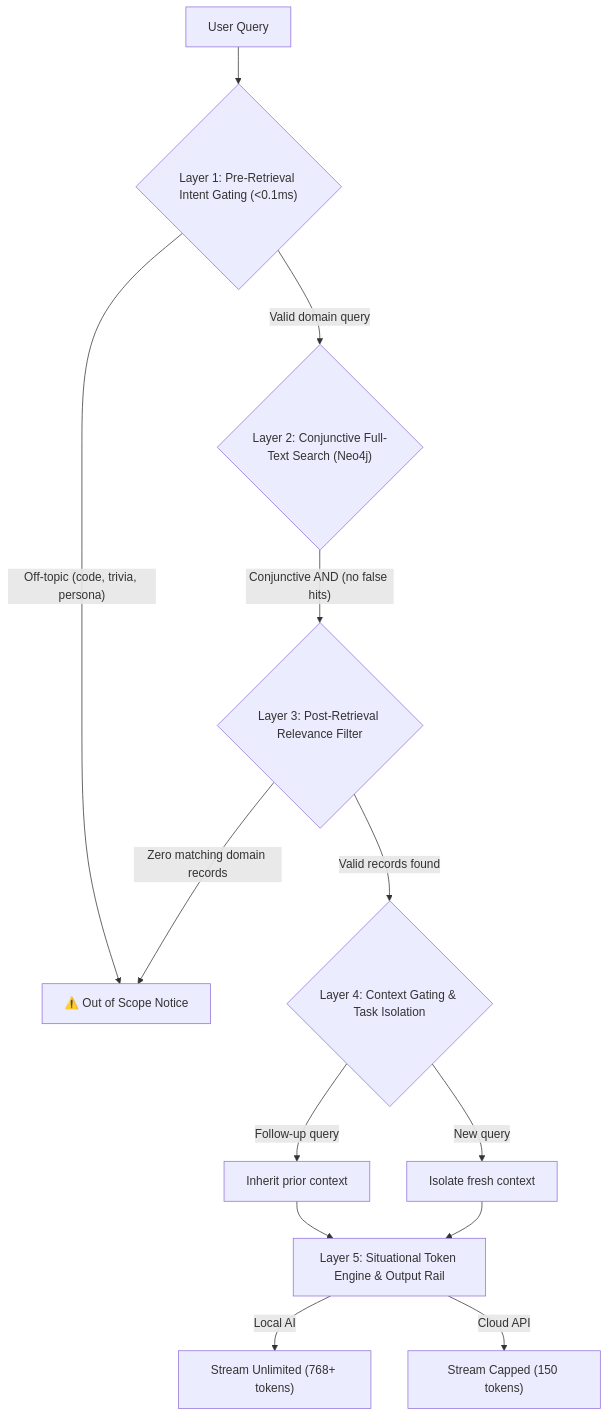
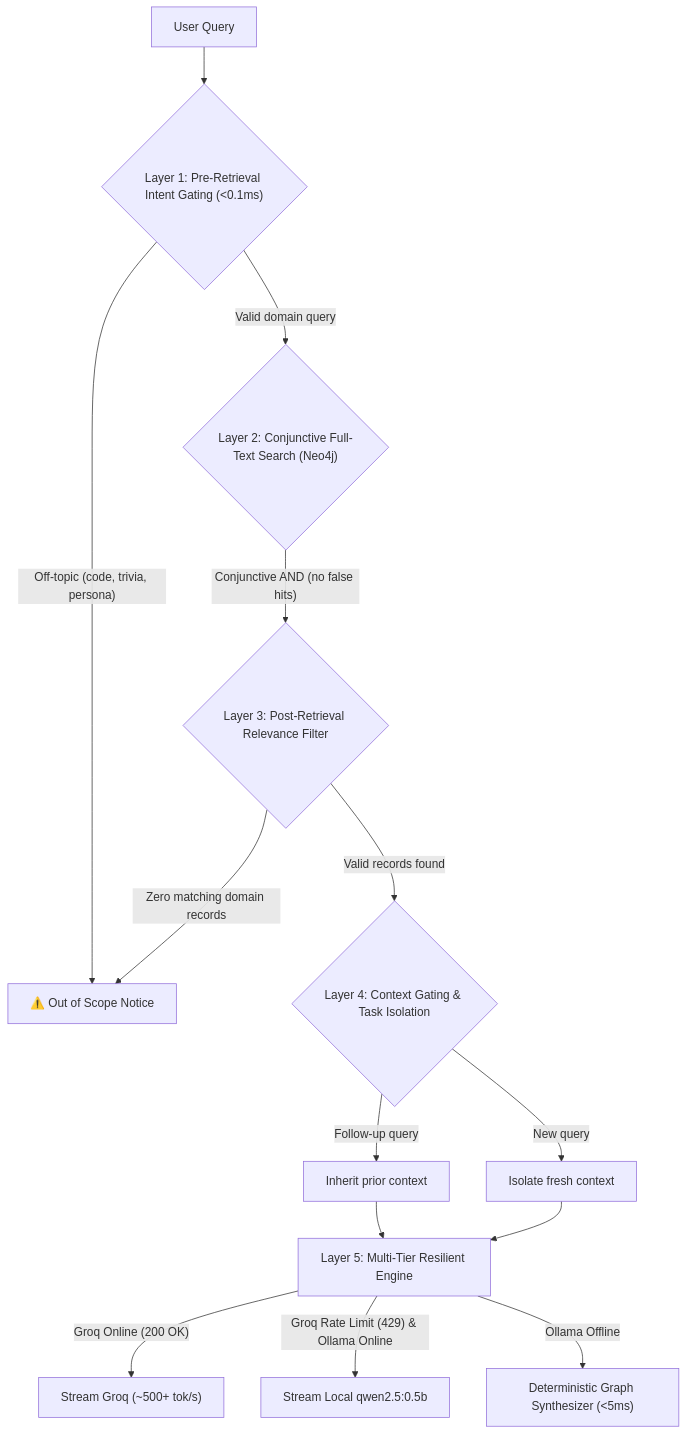
The diagram in backend/Readme.md (TechGid27/ProjectTRACK), drawn with Mermaid before and after one commit. The commit also changed other lines of this file and 13 other files, not shown here.

First line of the commit message:
docs: update READMEs and implement resilient multi-tier LLM fallback

````diff
--- a/backend/Readme.md
+++ b/backend/Readme.md
@@ -237,15 +264,16 @@
 ```mermaid
 flowchart TD
     UserQuery["User Query"] --> L1{"Layer 1: Pre-Retrieval Intent Gating (<0.1ms)"}
     L1 -- "Off-topic (code, trivia, persona)" --> Reject["⚠️ Out of Scope Notice"]
     L1 -- "Valid domain query" --> L2{"Layer 2: Conjunctive Full-Text Search (Neo4j)"}
     L2 -- "Conjunctive AND (no false hits)" --> L3{"Layer 3: Post-Retrieval Relevance Filter"}
     L3 -- "Zero matching domain records" --> Reject
     L3 -- "Valid records found" --> L4{"Layer 4: Context Gating & Task Isolation"}
     L4 -- "Follow-up query" --> ContextInject["Inherit prior context"]
     L4 -- "New query" --> ContextIsolate["Isolate fresh context"]
-    ContextInject --> L5["Layer 5: Situational Token Engine & Output Rail"]
+    ContextInject --> L5["Layer 5: Multi-Tier Resilient Engine"]
     ContextIsolate --> L5
-    L5 -- "Local AI" --> StreamLocal["Stream Unlimited (768+ tokens)"]
-    L5 -- "Cloud API" --> StreamCloud["Stream Capped (150 tokens)"]
+    L5 -- "Groq Online (200 OK)" --> StreamCloud["Stream Groq (~500+ tok/s)"]
+    L5 -- "Groq Rate Limit (429) & Ollama Online" --> StreamLocal["Stream Local qwen2.5:0.5b"]
+    L5 -- "Ollama Offline" --> InstantSynth["Deterministic Graph Synthesizer (<5ms)"]
 ```
````
